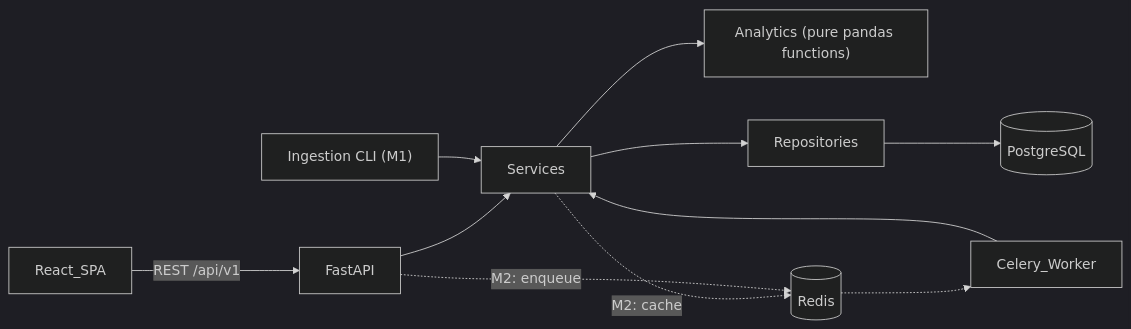
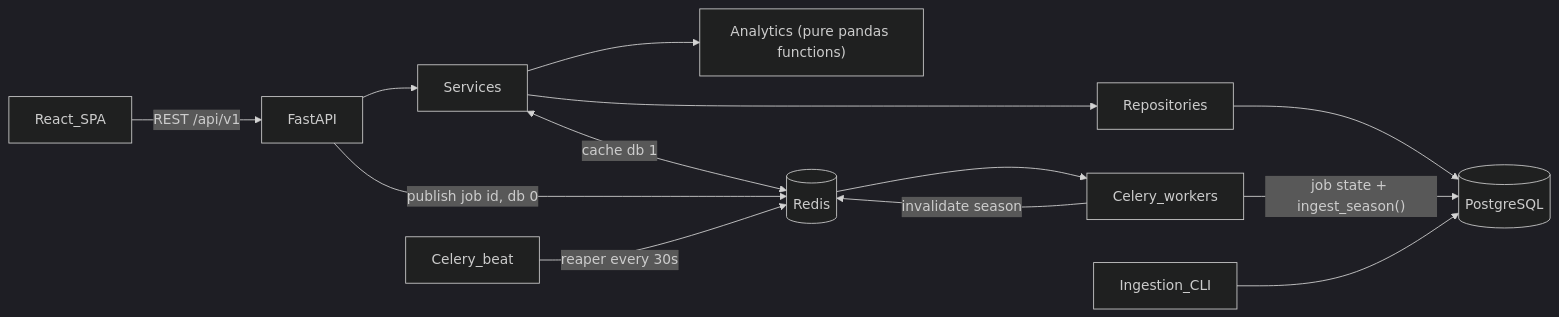
The first of 2 diagrams in docs/architecture.md (davidk0103/FootballPlayAnalyzer), drawn with Mermaid (dark theme) before and after one commit. The commit also changed other lines of this file and 4 other files, not shown here.

First line of the commit message:
Document M2: Celery job model ADR, lifecycle, recovery, cache, jobs API

````diff
--- a/docs/architecture.md
+++ b/docs/architecture.md
@@ -7,13 +8,15 @@
 ```mermaid
 flowchart LR
     Browser[React_SPA] -->|"REST /api/v1"| Api[FastAPI]
     Api --> Services[Services]
     Services --> Analytics["Analytics (pure pandas functions)"]
     Services --> Repos[Repositories]
     Repos --> Pg[(PostgreSQL)]
-    Services -.->|"M2: cache"| Redis[(Redis)]
-    Api -.->|"M2: enqueue"| Redis
-    Redis -.-> Worker[Celery_Worker]
-    Worker --> Services
-    Cli["Ingestion CLI (M1)"] --> Services
+    Services <-->|"cache db 1"| Redis[(Redis)]
+    Api -->|"publish job id, db 0"| Redis
+    Redis --> Worker[Celery_workers]
+    Beat[Celery_beat] -->|"reaper every 30s"| Redis
+    Worker -->|"job state + ingest_season()"| Pg
+    Worker -->|"invalidate season"| Redis
+    Cli[Ingestion_CLI] --> Pg
 ```
````
